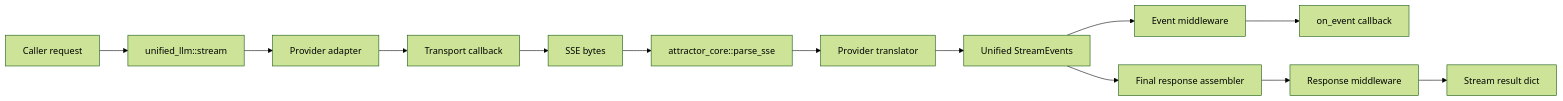
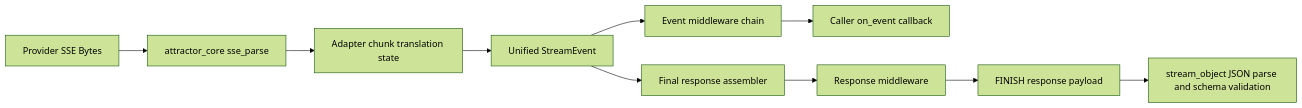
One commit to jaytaylor/attractor-tcl changed the fourth of 5 diagrams in docs/sprints/SPRINT-005-comprehensive-implementation-plan.md. Above: the diagram before and after it, drawn with Mermaid (forest theme). The commit also changed other lines of this file, not shown here.

````diff
--- a/docs/sprints/SPRINT-005-comprehensive-implementation-plan.md
+++ b/docs/sprints/SPRINT-005-comprehensive-implementation-plan.md
@@ -1336,15 +928,12 @@
 ```mermaid
 flowchart LR
-  U[Caller request] --> C[unified_llm::stream]
-  C --> A[Provider adapter]
-  A --> T[Transport callback]
-  T --> S[SSE bytes]
-  S --> P[attractor_core::parse_sse]
-  P --> X[Provider translator]
-  X --> E[Unified StreamEvents]
-  E --> M[Event middleware]
-  M --> O[on_event callback]
-  E --> R[Final response assembler]
-  R --> RM[Response middleware]
-  RM --> OUT[Stream result dict]
+  A[Provider SSE Bytes] --> B[attractor_core sse_parse]
+  B --> C[Adapter chunk translation state]
+  C --> D[Unified StreamEvent]
+  D --> E[Event middleware chain]
+  E --> F[Caller on_event callback]
+  D --> G[Final response assembler]
+  G --> H[Response middleware]
+  H --> I[FINISH response payload]
+  I --> J[stream_object JSON parse and schema validation]
 ```
````
